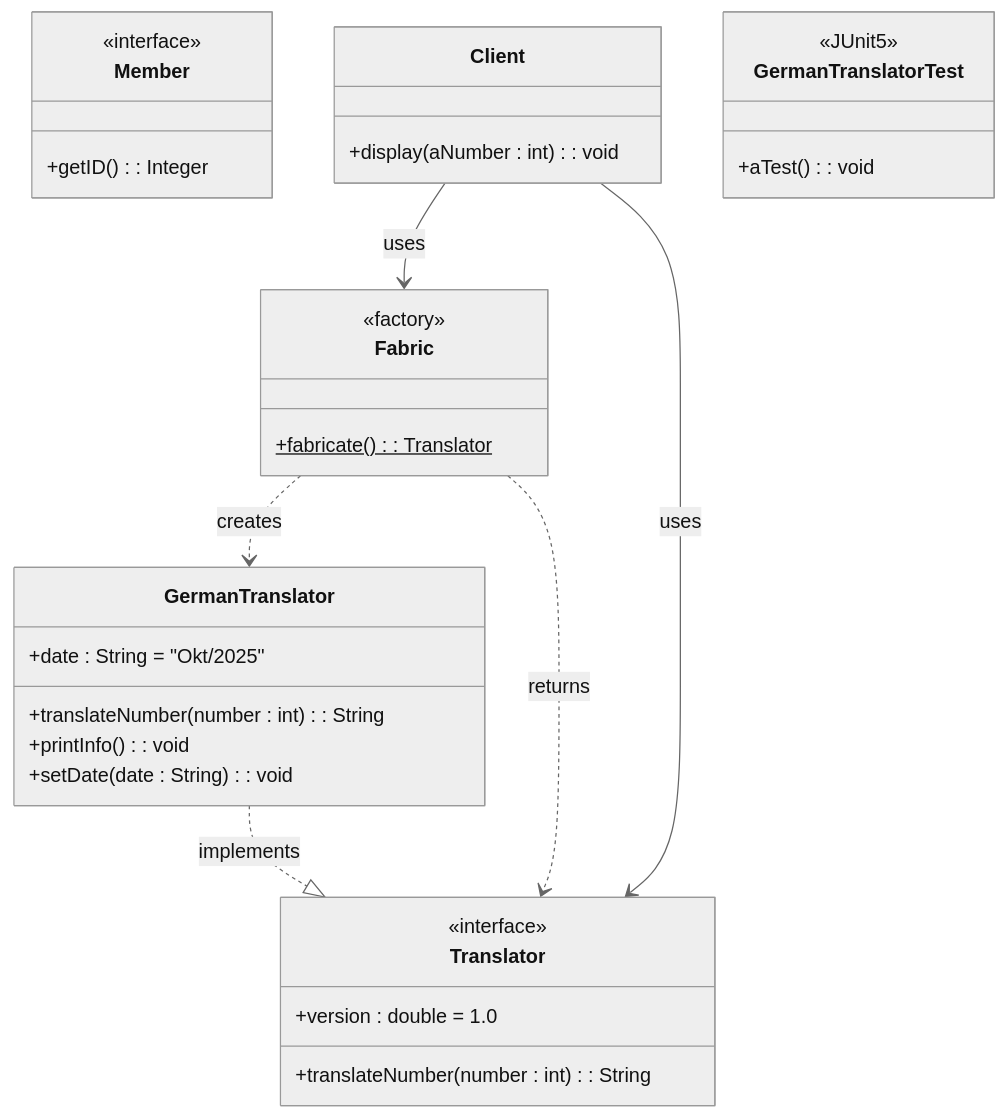
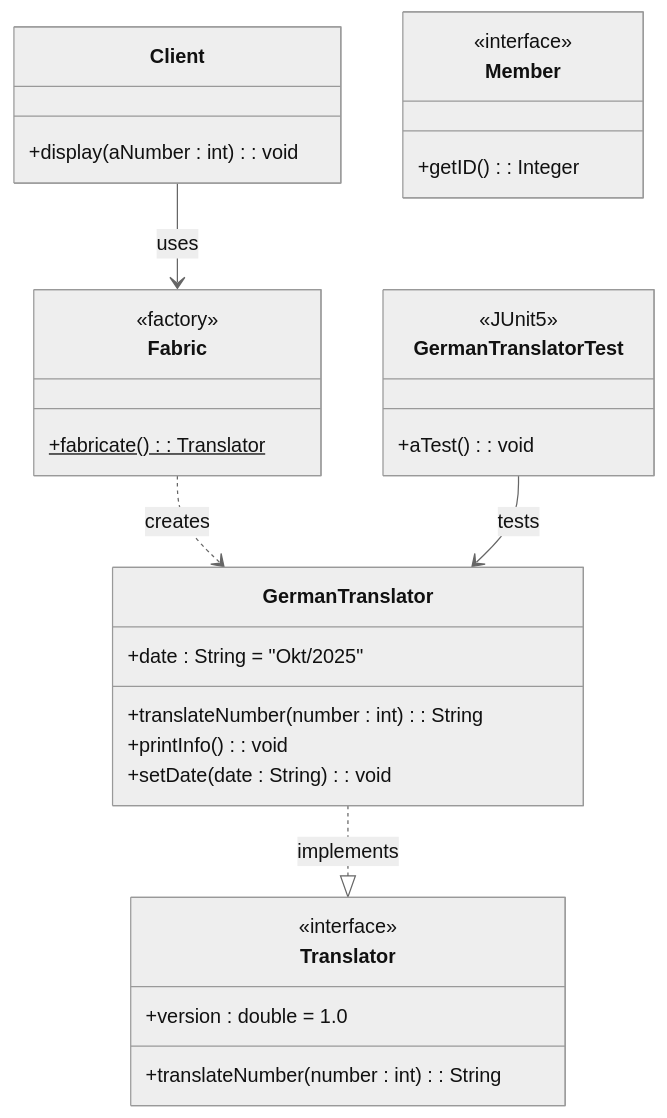
The diagram in README.md (MFx7/Software_Engineering_1), drawn with Mermaid (neutral theme) before and after one commit. The commit also changed other lines of this file and 13 other files, not shown here.

````diff
--- a/README.md
+++ b/README.md
@@ -3,45 +34,43 @@
 ```mermaid
 classDiagram
-    %% Interfaces
+    %% Übung 1 - Factory Pattern
     class Translator {
         <<interface>>
         +version : double = 1.0
         +translateNumber(number : int) : String
     }
     
-    class Member {
-        <<interface>>
-        +getID() : Integer
-    }
-    
-    %% Control Layer - Übung 1
     class GermanTranslator {
         +date : String = "Okt/2025"
         +translateNumber(number : int) : String
         +printInfo() : void
         +setDate(date : String) : void
     }
     
     class Fabric {
         <<factory>>
         +fabricate()$ : Translator
     }
     
-    %% View Layer - Übung 1
     class Client {
         +display(aNumber : int) : void
+    }
+    
+    %% Übung 2 - Container Pattern
+    class Member {
+        <<interface>>
+        +getID() : Integer
     }
     
     %% Test Layer
     class GermanTranslatorTest {
         <<JUnit5>>
         +aTest() : void
     }
     
     %% Relationships
     GermanTranslator ..|> Translator : implements
     Fabric ..> GermanTranslator : creates
-    Fabric ..> Translator : returns
     Client --> Fabric : uses
-    Client --> Translator : uses
+    GermanTranslatorTest --> GermanTranslator : tests
 ```
````
